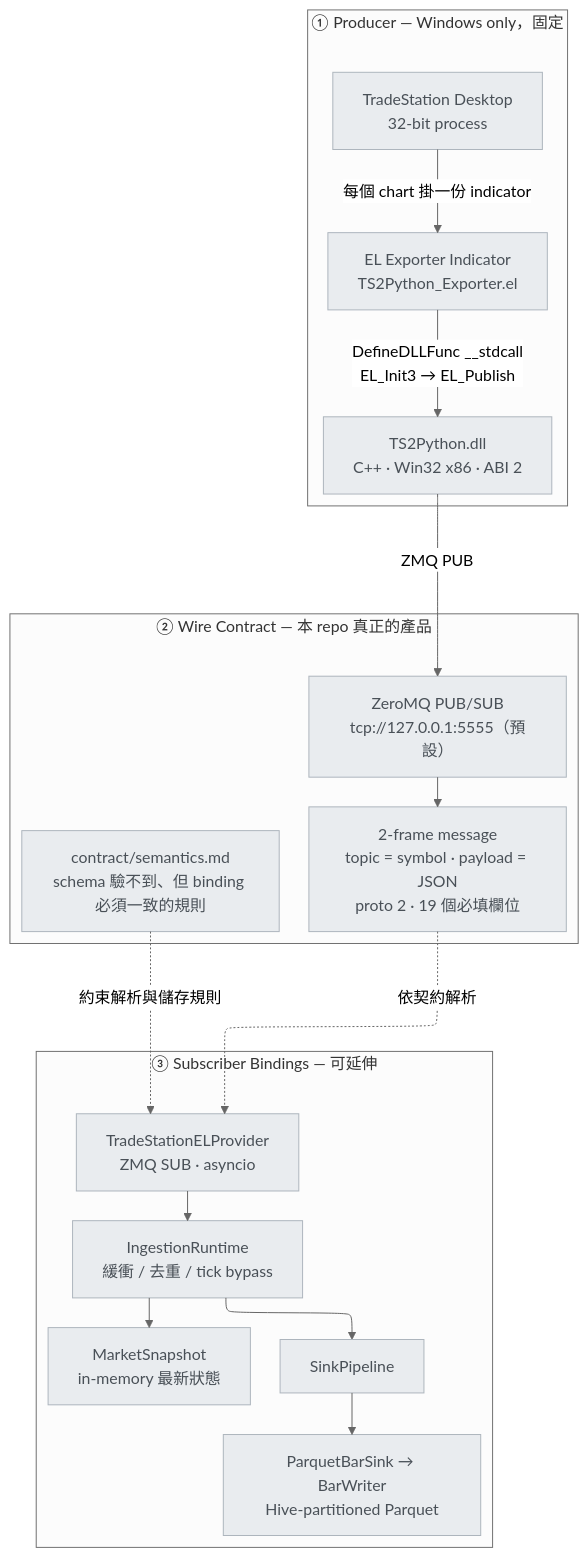
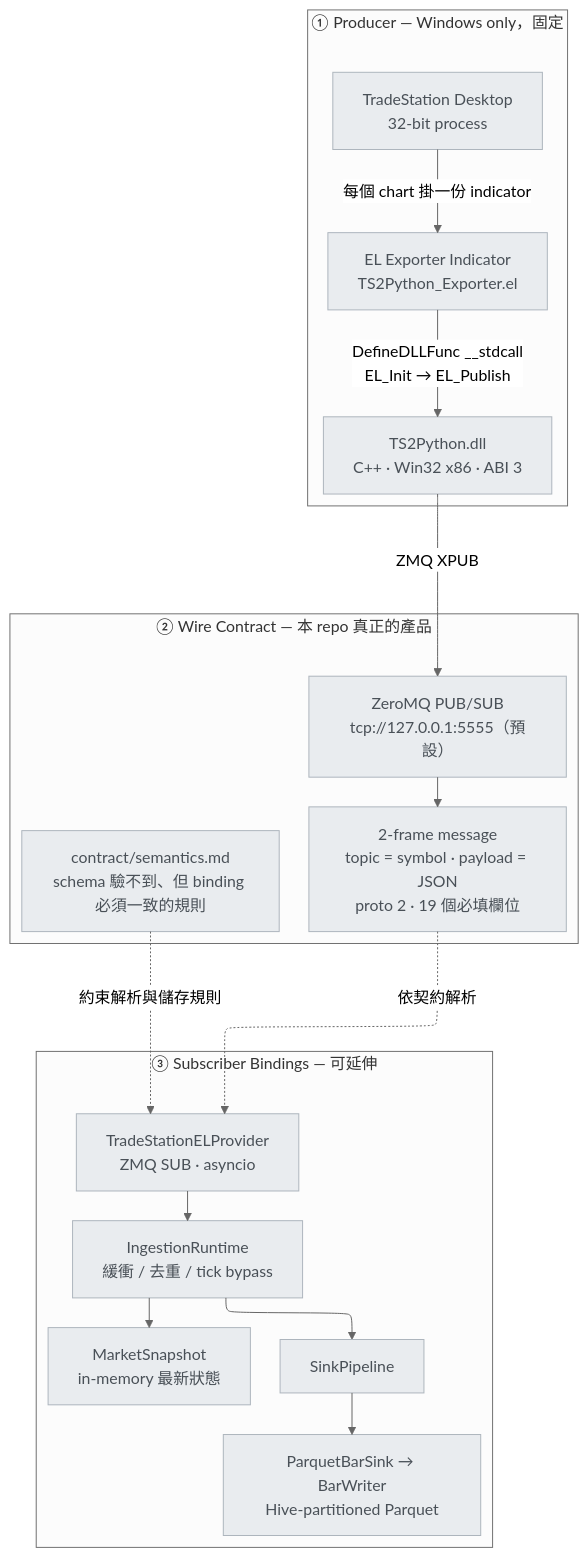
Before and after one commit to millerlai/tradestation-data-provider: the first of 4 diagrams in docs/architecture.zh-TW.md, drawn with Mermaid (neutral theme). The commit also changed other lines of this file and 26 other files, not shown here.

First line of the commit message:
feat(abi)!: EL_Init announces its chart and waits for a subscriber

````diff
--- a/docs/architecture.zh-TW.md
+++ b/docs/architecture.zh-TW.md
@@ -47,44 +47,44 @@
 ```mermaid
 ---
 config:
   flowchart:
     defaultRenderer: elk
 ---
 flowchart TB
     subgraph PROD["① Producer — Windows only，固定"]
         direction TB
         TS["TradeStation Desktop<br/>32-bit process"]
         EL["EL Exporter Indicator<br/>TS2Python_Exporter.el"]
-        DLL["TS2Python.dll<br/>C++ · Win32 x86 · ABI 2"]
+        DLL["TS2Python.dll<br/>C++ · Win32 x86 · ABI 3"]
         TS -->|"每個 chart 掛一份 indicator"| EL
-        EL -->|"DefineDLLFunc __stdcall<br/>EL_Init3 → EL_Publish"| DLL
+        EL -->|"DefineDLLFunc __stdcall<br/>EL_Init → EL_Publish"| DLL
     end
 
     subgraph WIRE["② Wire Contract — 本 repo 真正的產品"]
         direction TB
         ZMQ["ZeroMQ PUB/SUB<br/>tcp://127.0.0.1:5555（預設）"]
         FRAME["2-frame message<br/>topic = symbol · payload = JSON<br/>proto 2 · 19 個必填欄位"]
         SEM["contract/semantics.md<br/>schema 驗不到、但 binding 必須一致的規則"]
         ZMQ --> FRAME
     end
 
     subgraph BIND["③ Subscriber Bindings — 可延伸"]
         direction TB
         SUB["TradeStationELProvider<br/>ZMQ SUB · asyncio"]
         RUNTIME["IngestionRuntime<br/>緩衝 / 去重 / tick bypass"]
         SNAP["MarketSnapshot<br/>in-memory 最新狀態"]
         PIPE["SinkPipeline"]
         DISK["ParquetBarSink → BarWriter<br/>Hive-partitioned Parquet"]
         SUB --> RUNTIME
         RUNTIME --> SNAP
         RUNTIME --> PIPE
         PIPE --> DISK
     end
 
-    DLL -->|"ZMQ PUB"| ZMQ
+    DLL -->|"ZMQ XPUB"| ZMQ
     FRAME -.->|"依契約解析"| SUB
     SEM -.->|"約束解析與儲存規則"| SUB
 
     classDef existing fill:#e9ecef,stroke:#adb5bd,color:#495057
     class TS,EL,DLL,ZMQ,FRAME,SEM,SUB,RUNTIME,SNAP,PIPE,DISK existing
 ```
````
